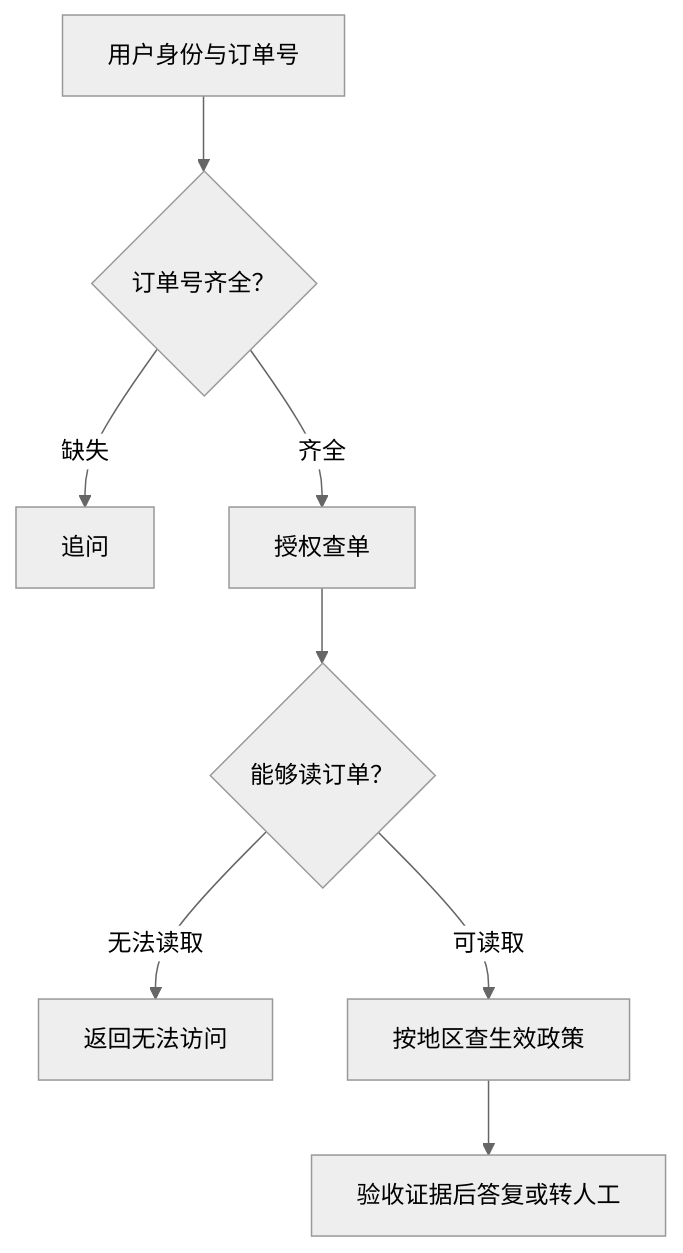
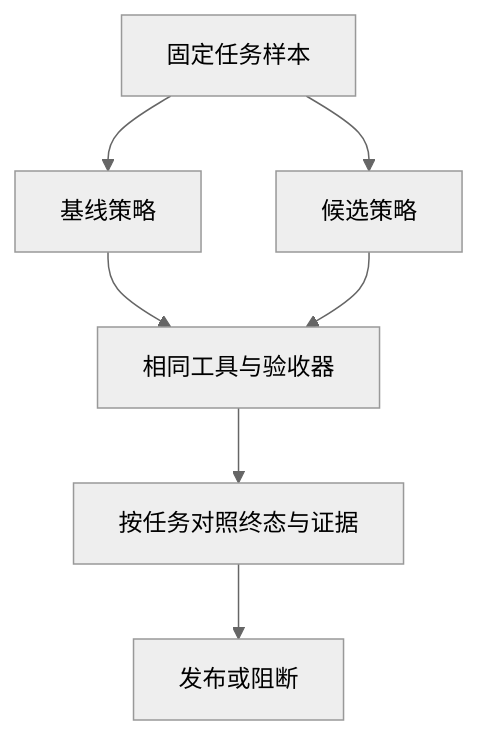
The diagram in _posts/2026-11-19-agent-case-support.md (xinfengwang/xinfengwang.github.io), drawn with Mermaid (neutral theme) before and after one commit. The commit also changed other lines of this file and 19 other files, not shown here.

````diff
--- a/_posts/2026-11-19-agent-case-support.md
+++ b/_posts/2026-11-19-agent-case-support.md
@@ -37,10 +45,9 @@
 ```mermaid
 flowchart TB
-  A["用户身份与订单号"] --> B{"订单号齐全？"}
-  B -->|缺失| C["追问"]
-  B -->|齐全| D["授权查单"]
-  D --> E{"能够读订单？"}
-  E -->|无法读取| F["返回无法访问"]
-  E -->|可读取| G["按地区查生效政策"]
-  G --> H["验收证据后答复或转人工"]
+  A["固定任务样本"] --> B["基线策略"]
+  A --> C["候选策略"]
+  B --> D["相同工具与验收器"]
+  C --> D
+  D --> E["按任务对照终态与证据"]
+  E --> F["发布或阻断"]
 ```
````
